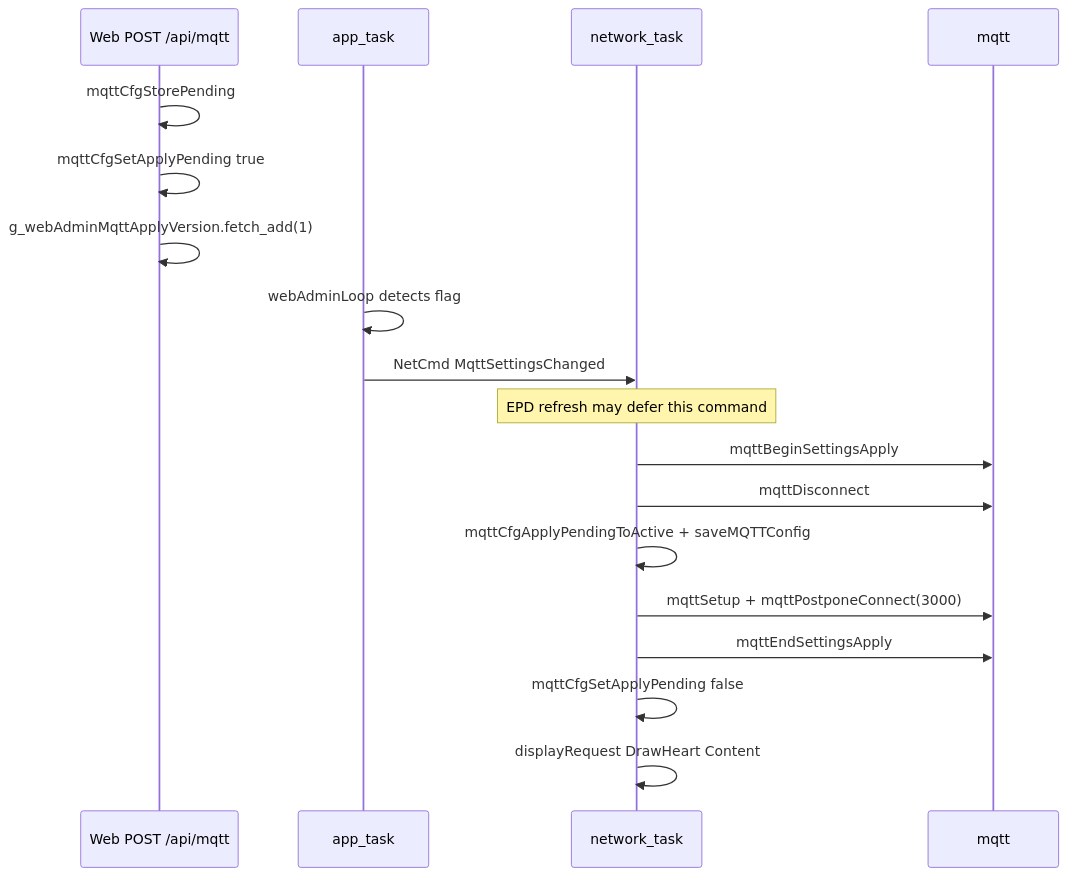
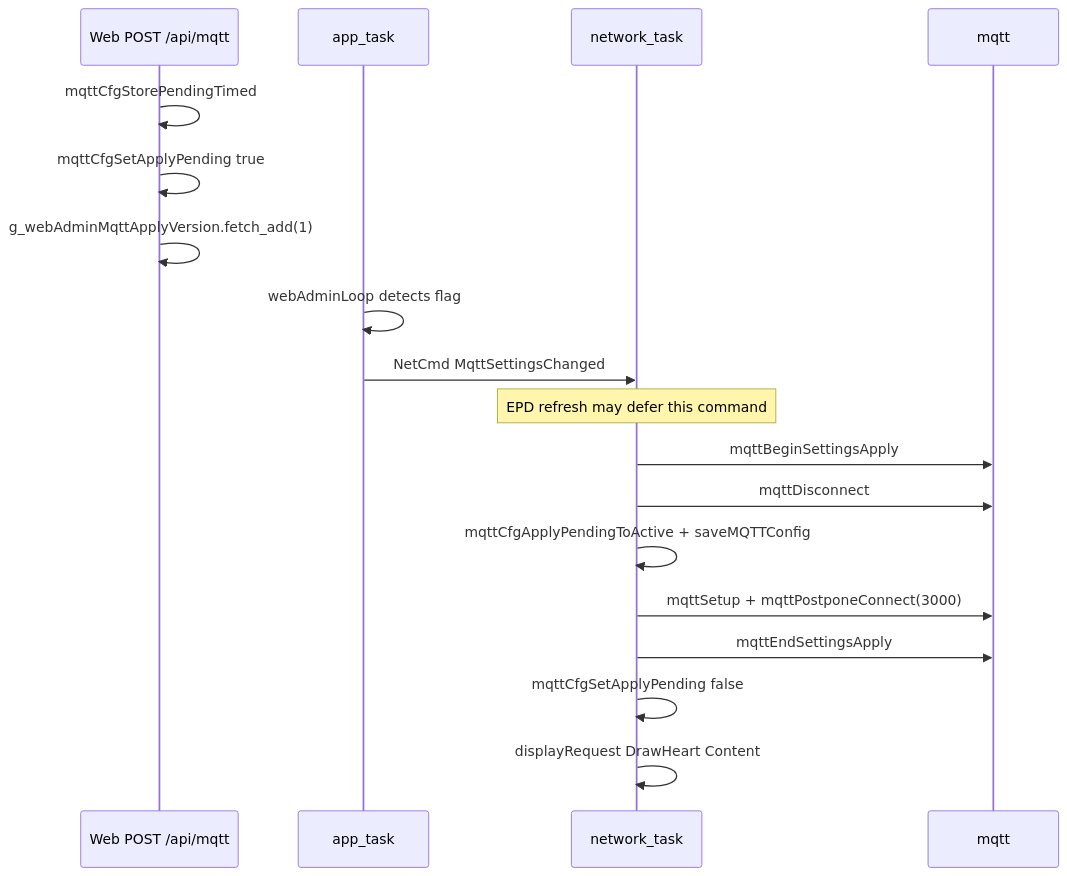
One commit to EyJunge1/chaya2mqtt changed the second of 2 diagrams in docs/MQTT.md. Above: the diagram before and after it, drawn with Mermaid. The commit also changed other lines of this file and 103 other files, not shown here.

````diff
--- a/docs/MQTT.md
+++ b/docs/MQTT.md
@@ -199,21 +193,21 @@
 ```mermaid
 sequenceDiagram
     participant W as Web POST /api/mqtt
     participant A as app_task
     participant N as network_task
     participant M as mqtt
 
-    W->>W: mqttCfgStorePending
+    W->>W: mqttCfgStorePendingTimed
     W->>W: mqttCfgSetApplyPending true
     W->>W: g_webAdminMqttApplyVersion.fetch_add(1)
     A->>A: webAdminLoop detects flag
     A->>N: NetCmd MqttSettingsChanged
     Note over N: EPD refresh may defer this command
     N->>M: mqttBeginSettingsApply
     N->>M: mqttDisconnect
     N->>N: mqttCfgApplyPendingToActive + saveMQTTConfig
     N->>M: mqttSetup + mqttPostponeConnect(3000)
     N->>M: mqttEndSettingsApply
     N->>N: mqttCfgSetApplyPending false
     N->>N: displayRequest DrawHeart Content
 ```
````
